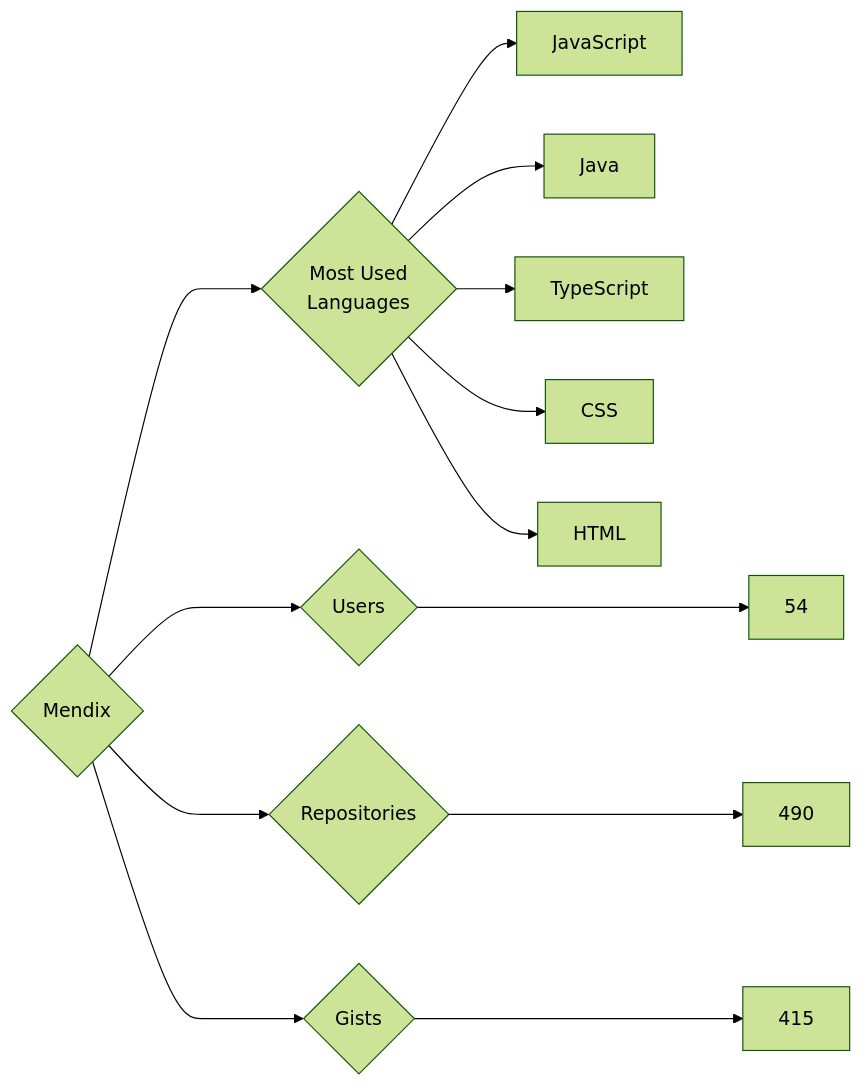
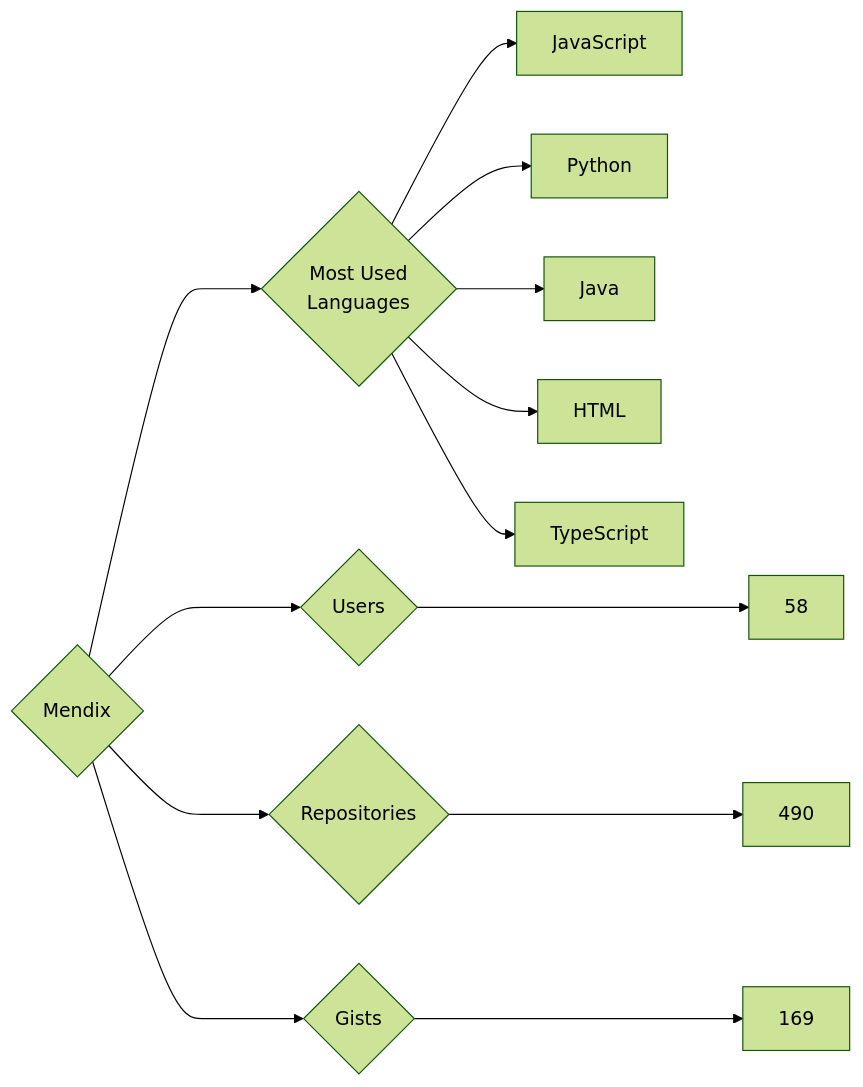
One commit to trickest/insiders changed the diagram in targets/Mendix/README.md. Above: the diagram before and after it, drawn with Mermaid (forest theme). The commit also changed 597 other files, not shown here.

````diff
--- a/targets/Mendix/README.md
+++ b/targets/Mendix/README.md
@@ -3,13 +3,13 @@
 ```mermaid
 graph LR
 COMPANY_NAME{Mendix}
-COMPANY_NAME ---> U{Users} ---> UN[54]
+COMPANY_NAME ---> U{Users} ---> UN[58]
 COMPANY_NAME ---> R{Repositories} ---> RN[490]
-COMPANY_NAME ---> G{Gists} ---> GN[415]
+COMPANY_NAME ---> G{Gists} ---> GN[169]
 COMPANY_NAME ---> ML{Most Used<br>Languages}
 ML --> JavaScript[JavaScript]
+ML --> Python[Python]
 ML --> Java[Java]
+ML --> HTML[HTML]
 ML --> TypeScript[TypeScript]
-ML --> CSS[CSS]
-ML --> HTML[HTML]
 ```
````
